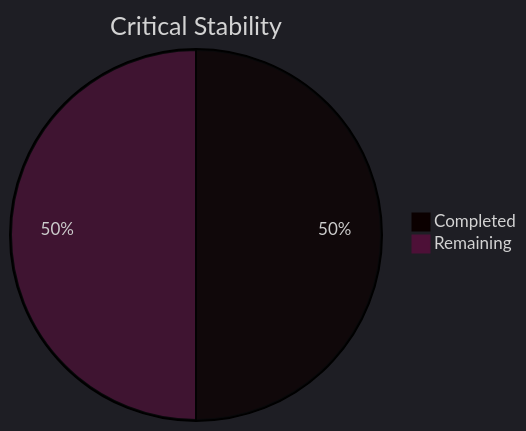
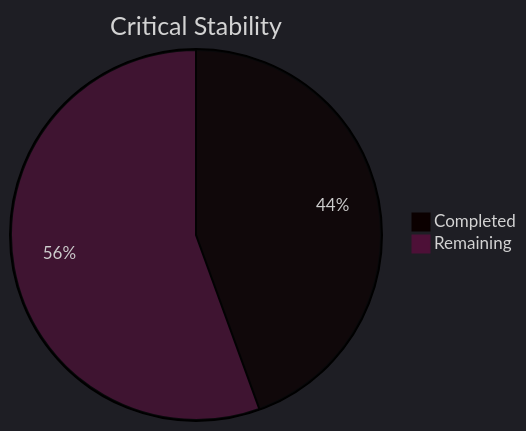
One commit to Neogleamz/SK8Lytz changed the second of 5 diagrams in tools/SK8Lytz_Bucket_List.md. Above: the diagram before and after it, drawn with Mermaid. The commit also changed other lines of this file and 9 other files, not shown here.

Commit message:
chore(docs): add domain-architecture-audit to critical bucket list

````diff
--- a/tools/SK8Lytz_Bucket_List.md
+++ b/tools/SK8Lytz_Bucket_List.md
@@ -22,6 +22,6 @@
 ```mermaid
 %%{init: {'theme': 'dark'}}%%
 pie title Critical Stability
   "Completed" : 4
-  "Remaining" : 4
+  "Remaining" : 5
 ```
````
